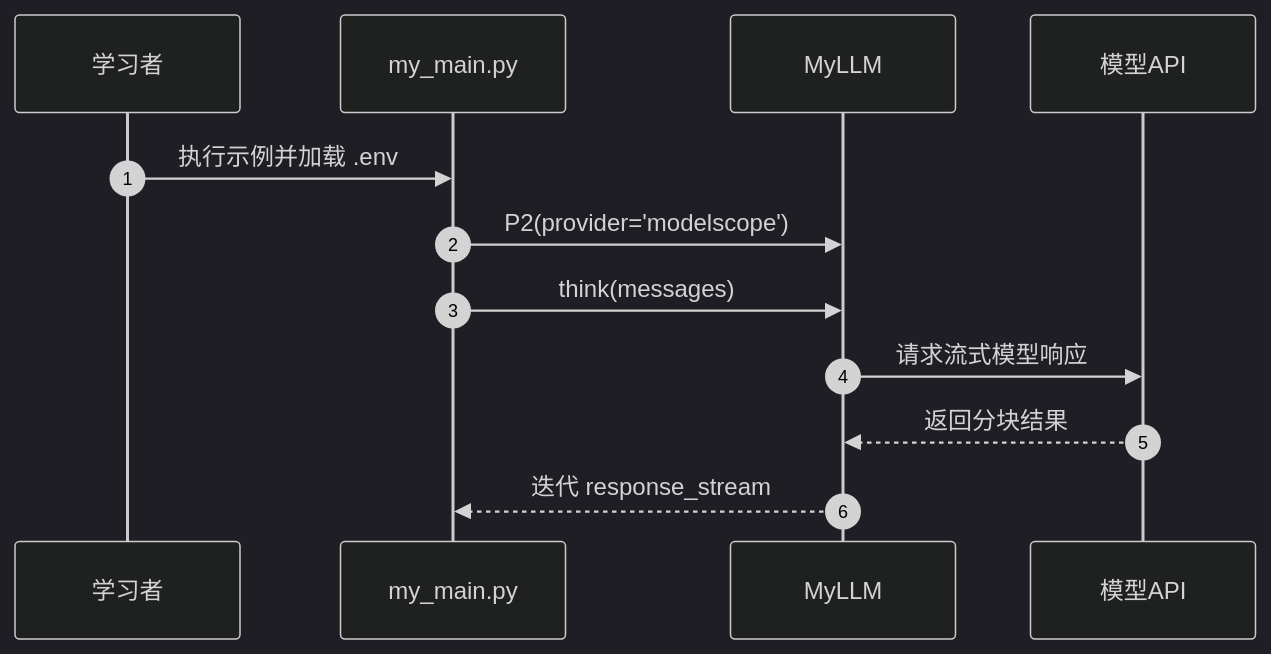
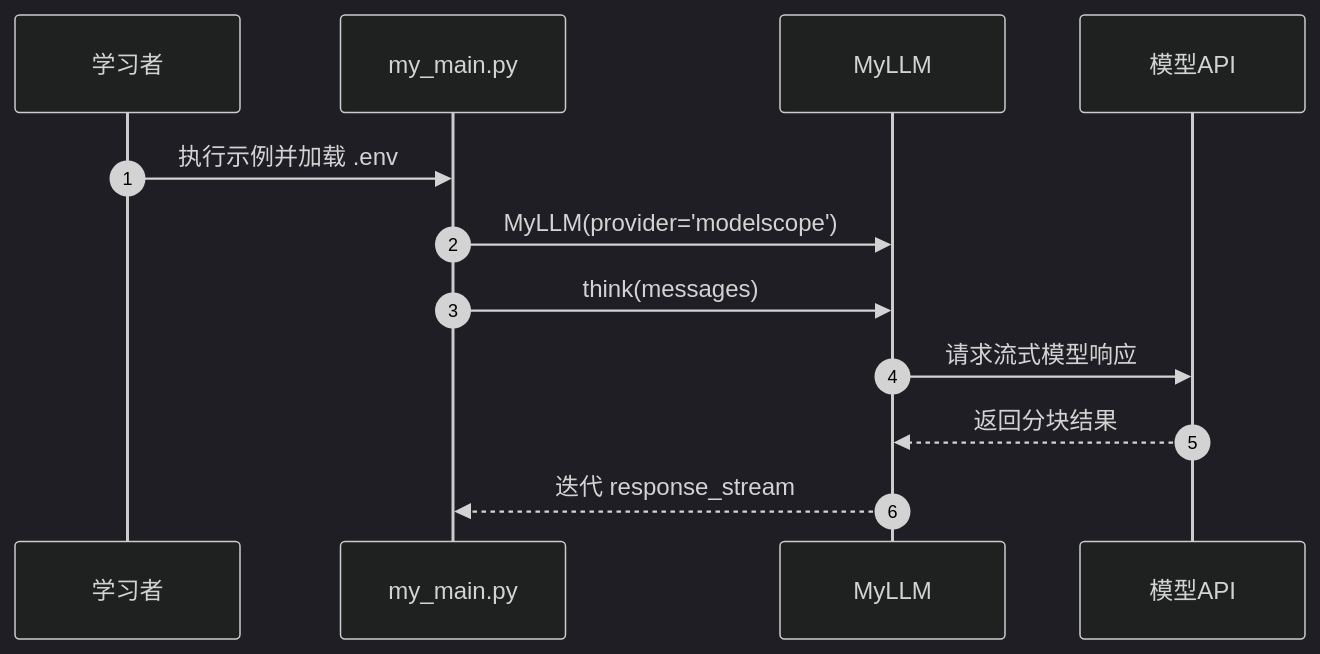
Before and after one commit to ImChong/Robotics_Notebooks: the second of 2 diagrams in wiki/entities/hello-agents.md, drawn with Mermaid (dark theme).

Commit message:
fix(wiki): 修正课程源码时序图中的命令和构造函数名称

````diff
--- a/wiki/entities/hello-agents.md
+++ b/wiki/entities/hello-agents.md
@@ -64,14 +64,14 @@
 ```mermaid
 sequenceDiagram
   autonumber
   participant P0 as 学习者
   participant P1 as my_main.py
   participant P2 as MyLLM
   participant P3 as 模型API
   P0->>P1: 执行示例并加载 .env
-  P1->>P2: P2(provider='modelscope')
+  P1->>P2: MyLLM(provider='modelscope')
   P1->>P2: think(messages)
   P2->>P3: 请求流式模型响应
   P3-->>P2: 返回分块结果
   P2-->>P1: 迭代 response_stream
 ```
````
